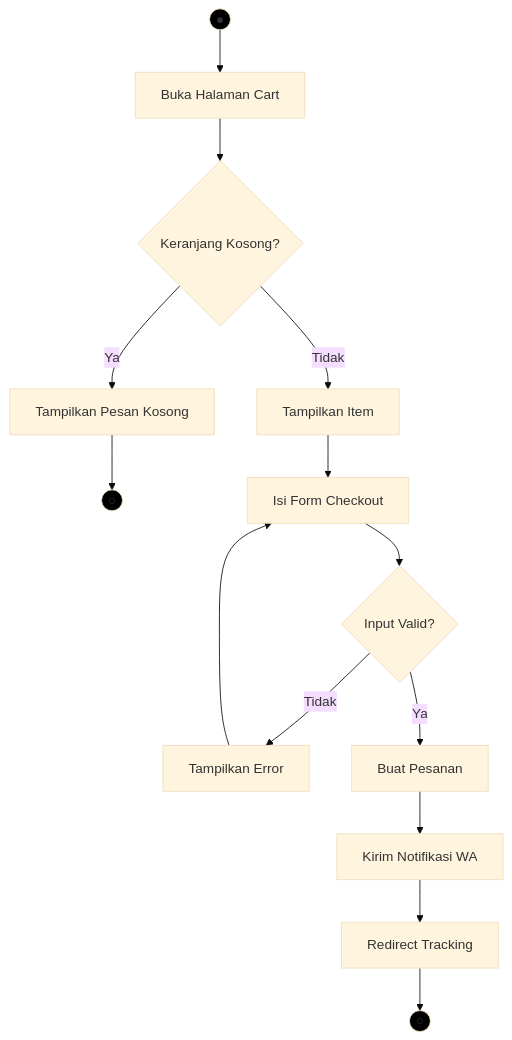
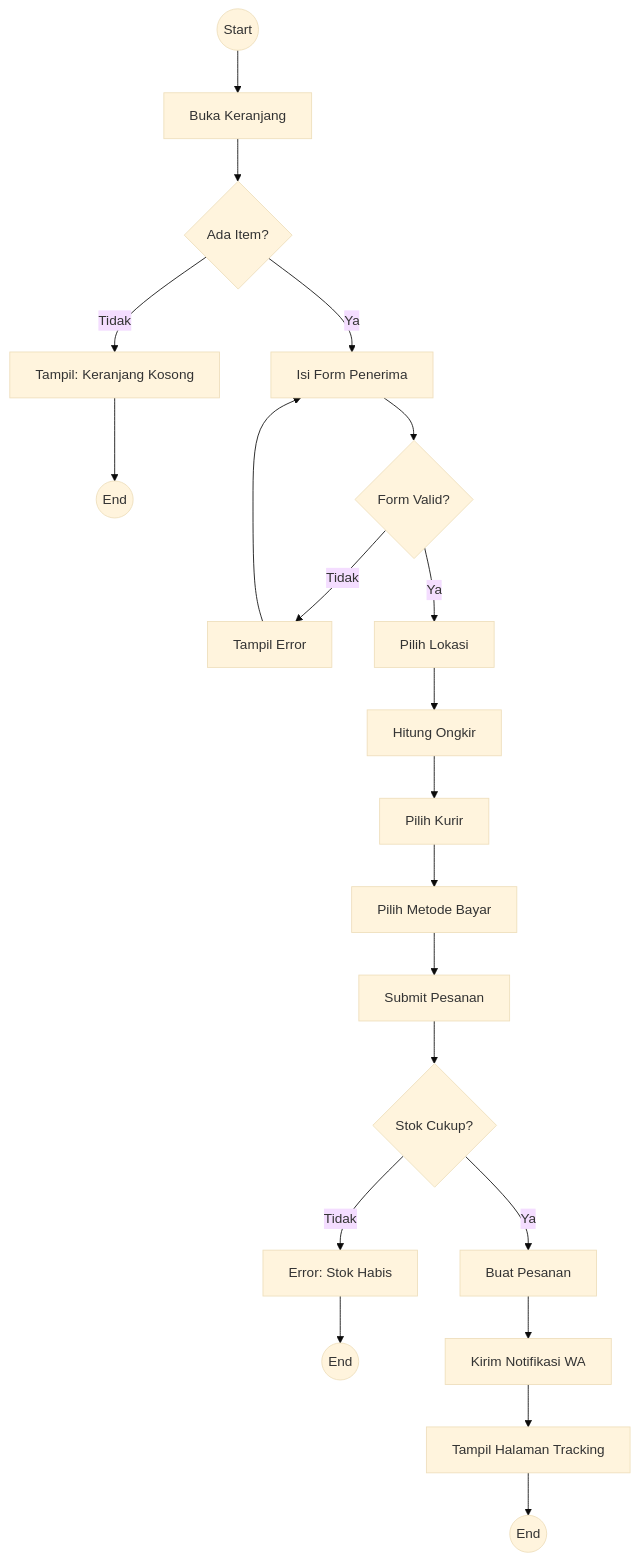
The second of 7 diagrams in docs/BLACK_BOX_TESTING.md (mustarisyahding07-spec/WEBSITE_SKRIPSI_MUSTARI), drawn with Mermaid (base theme) before and after one commit. The commit also changed other lines of this file and 7 other files, not shown here.

````diff
--- a/docs/BLACK_BOX_TESTING.md
+++ b/docs/BLACK_BOX_TESTING.md
@@ -92,20 +93,29 @@
 ```mermaid
 graph TD
-    Start((●)) --> A["Buka Halaman Cart"]
-    A --> B{"Keranjang Kosong?"}
-    B -->|Ya| C["Tampilkan Pesan Kosong"]
-    C --> End1((○))
-    B -->|Tidak| D["Tampilkan Item"]
-    D --> E["Isi Form Checkout"]
-    E --> F{"Input Valid?"}
-    F -->|Tidak| G["Tampilkan Error"]
-    G --> E
-    F -->|Ya| H["Buat Pesanan"]
-    H --> I["Kirim Notifikasi WA"]
-    I --> J["Redirect Tracking"]
-    J --> End2((○))
+    Start((Start)) --> OpenCart[Buka Keranjang]
+    OpenCart --> HasItems{Ada Item?}
     
-    style Start fill:#000
-    style End1 fill:#000
-    style End2 fill:#000
+    HasItems -->|Tidak| Empty[Tampil: Keranjang Kosong]
+    Empty --> End1((End))
+    
+    HasItems -->|Ya| FillForm[Isi Form Penerima]
+    FillForm --> ValidForm{Form Valid?}
+    
+    ValidForm -->|Tidak| ShowError[Tampil Error]
+    ShowError --> FillForm
+    
+    ValidForm -->|Ya| SelectLocation[Pilih Lokasi]
+    SelectLocation --> CalculateShipping[Hitung Ongkir]
+    CalculateShipping --> SelectCourier[Pilih Kurir]
+    SelectCourier --> SelectPayment[Pilih Metode Bayar]
+    SelectPayment --> Submit[Submit Pesanan]
+    
+    Submit --> CheckStock{Stok Cukup?}
+    CheckStock -->|Tidak| StockError[Error: Stok Habis]
+    StockError --> End2((End))
+    
+    CheckStock -->|Ya| CreateOrder[Buat Pesanan]
+    CreateOrder --> SendNotif[Kirim Notifikasi WA]
+    SendNotif --> ShowTracking[Tampil Halaman Tracking]
+    ShowTracking --> End3((End))
 ```
````
